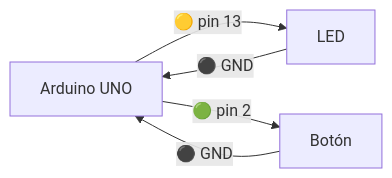
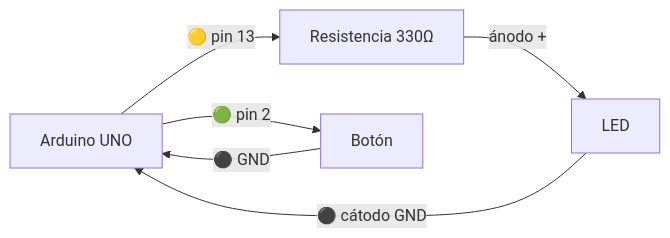
The diagram in opencode/skills/diagramas-conexion/SKILL.md (programadores-obreros/Agente-editor-inet), drawn with Mermaid before and after one commit. The commit also changed other lines of this file, not shown here.

First line of the commit message:
feat: skill diagramas-conexion mejorado (ASCII + colores + Mermaid)

````diff
--- a/opencode/skills/diagramas-conexion/SKILL.md
+++ b/opencode/skills/diagramas-conexion/SKILL.md
@@ -76,11 +78,13 @@
 ```mermaid
 flowchart LR
     ARD[Arduino UNO]
     LED[LED]
+    R[Resistencia 330Ω]
     BTN[Botón]
 
-    ARD -->|🟡 pin 13| LED
-    LED -->|⚫ GND| ARD
+    ARD -->|🟡 pin 13| R
+    R -->|ánodo +| LED
+    LED -->|⚫ cátodo GND| ARD
     ARD -->|🟢 pin 2| BTN
     BTN -->|⚫ GND| ARD
 ```
````
